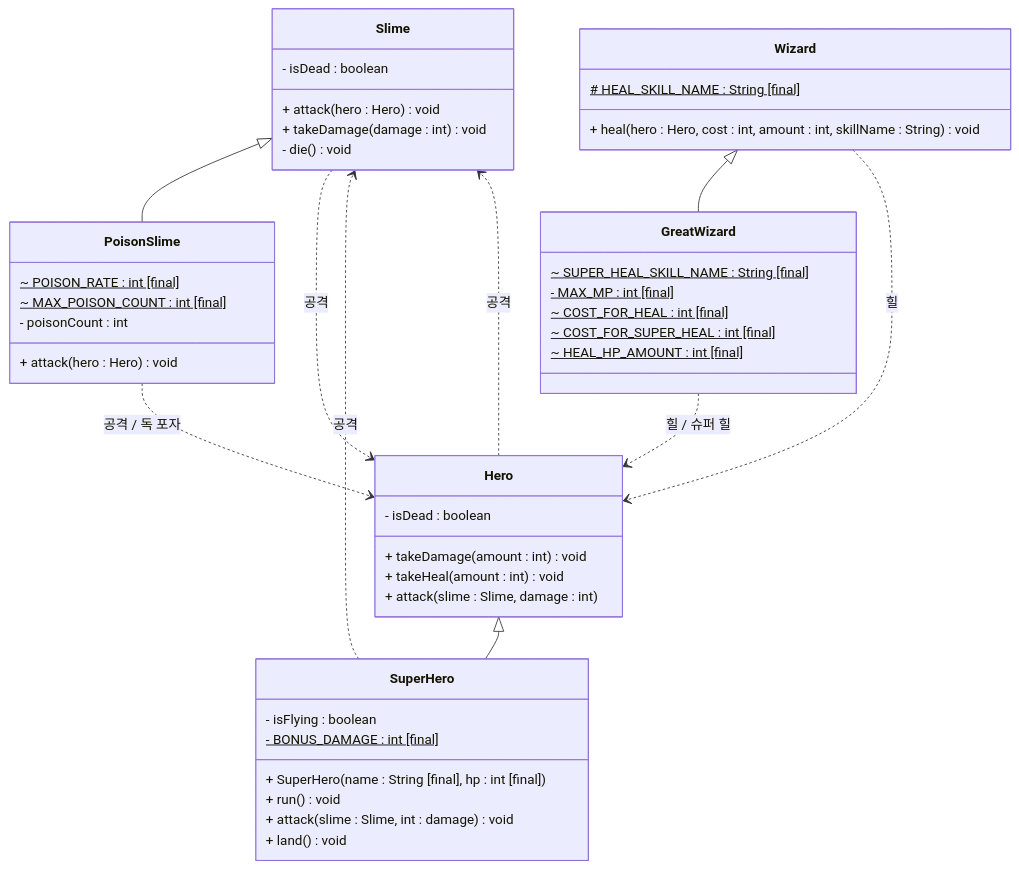
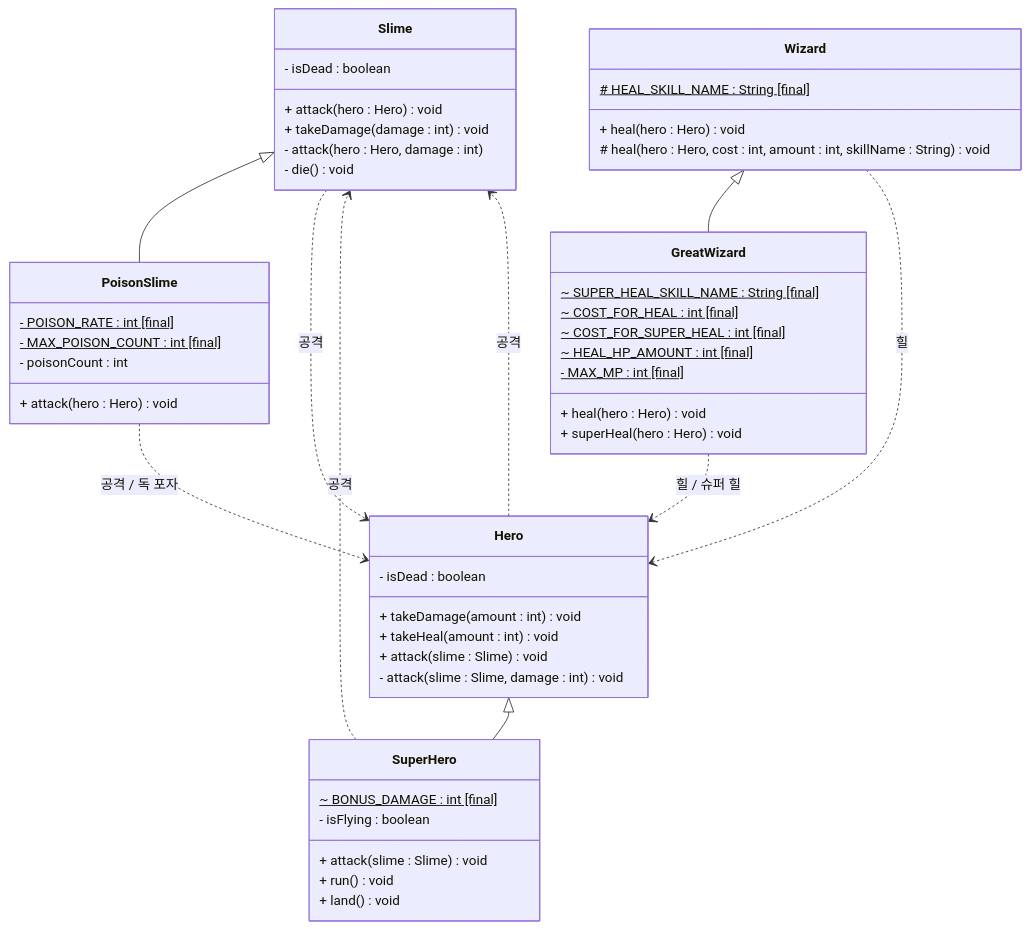
Before and after one commit to SurvivalCodingCampus/gangnam3-java-oop: the diagram in docs/Day7ClassDiagram.md, drawn with Mermaid. The commit also changed 1 other file, not shown here.

Commit message:
docs, refactor : 다이어그램 수정, 접근제어자수정

````diff
--- a/docs/Day7ClassDiagram.md
+++ b/docs/Day7ClassDiagram.md
@@ -1,57 +1,61 @@
 ```mermaid
 classDiagram
 
     class Slime {
         - isDead : boolean
         + attack(hero : Hero) void
         + takeDamage(damage : int) void
+        - attack(hero : Hero, damage : int)
         - die() void
     }
 
     class PoisonSlime {
-        ~ POISON_RATE : int [final] $
-        ~ MAX_POISON_COUNT : int [final] $
+        - POISON_RATE : int [final] $
+        - MAX_POISON_COUNT : int [final] $
         - poisonCount : int
         + attack(hero : Hero) void
     }
 
     class Wizard {
         # HEAL_SKILL_NAME : String [final] $
-        + heal(hero : Hero, cost : int, amount : int, skillName : String) void
+        + heal(hero : Hero) void
+        # heal(hero : Hero, cost : int, amount : int, skillName : String) void
     }
     
     class GreatWizard {
         ~ SUPER_HEAL_SKILL_NAME : String [final] $
-        - MAX_MP : int [final] $
         ~ COST_FOR_HEAL : int [final] $
         ~ COST_FOR_SUPER_HEAL : int [final] $
         ~ HEAL_HP_AMOUNT : int [final] $
+        - MAX_MP : int [final] $
+        + heal(hero : Hero) void
+        + superHeal(hero : Hero) void
     }
     
     class Hero {
         - isDead : boolean
         + takeDamage(amount : int) void
         + takeHeal(amount : int) void
-        + attack(slime : Slime, damage : int)
+        + attack(slime : Slime) void
+        - attack(slime : Slime, damage : int) void
     }
 
     class SuperHero {
+        ~ BONUS_DAMAGE : int [final] $
         - isFlying : boolean
-        - BONUS_DAMAGE : int [final] $
-        + SuperHero(name : String [final], hp : int [final])
+        + attack(slime : Slime) void
         + run() void
-        + attack(slime : Slime, int : damage) void
         + land() void
     }
 
     Hero <|-- SuperHero
     Wizard <|-- GreatWizard
     Slime <|-- PoisonSlime
     Hero ..> Slime : 공격
     SuperHero ..> Slime : 공격
     Slime ..> Hero : 공격
     PoisonSlime ..> Hero : 공격 / 독 포자
     Wizard ..> Hero : 힐
     GreatWizard ..> Hero : 힐 / 슈퍼 힐
 
 ```
````
